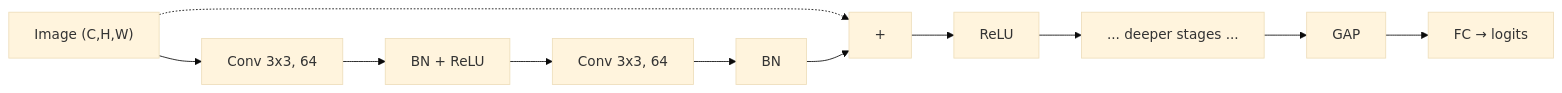
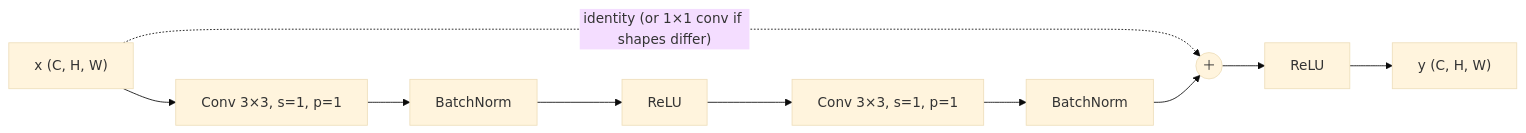
Before and after one commit to ABHIRAM3007/itp: the first of 3 diagrams in roadmap/phase-2-deep-learning/07-cnn.md, drawn with Mermaid (base theme). The commit also changed other lines of this file and 19 other files, not shown here.

````diff
--- a/roadmap/phase-2-deep-learning/07-cnn.md
+++ b/roadmap/phase-2-deep-learning/07-cnn.md
@@ -77,6 +157,7 @@
 ```mermaid
 flowchart LR
-    I["Image (C,H,W)"] --> C1["Conv 3x3, 64"] --> B1["BN + ReLU"] --> C2["Conv 3x3, 64"] --> B2["BN"]
-    I -.-> ADD["+"]
-    B2 --> ADD --> R["ReLU"] --> P["... deeper stages ..."] --> G["GAP"] --> FC["FC → logits"]
+    I["x  (C, H, W)"] --> C1["Conv 3×3, s=1, p=1"] --> B1["BatchNorm"] --> R1["ReLU"]
+    R1 --> C2["Conv 3×3, s=1, p=1"] --> B2["BatchNorm"]
+    I -.->|"identity (or 1×1 conv if shapes differ)"| ADD(("＋"))
+    B2 --> ADD --> R2["ReLU"] --> O["y  (C, H, W)"]
 ```
````
